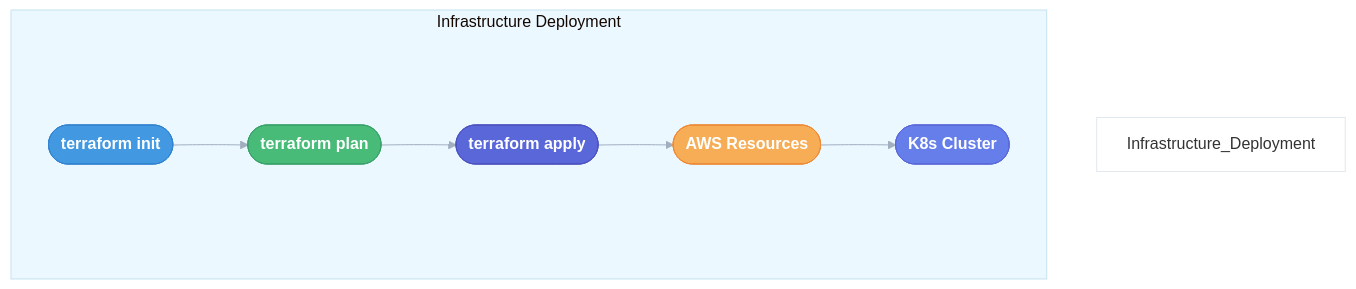
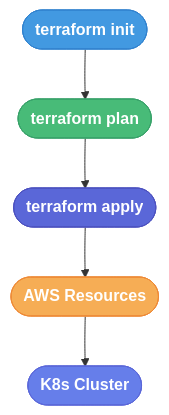
One commit to DanorSODA/Devops-Course-Final-Project changed the second of 4 diagrams in README.md. Above: the diagram before and after it, drawn with Mermaid. The commit also changed other lines of this file, not shown here.

````diff
--- a/README.md
+++ b/README.md
@@ -71,33 +73,13 @@
 ```mermaid
-%%{init: {
-  'theme': 'base',
-  'themeVariables': {
-    'primaryColor': '#4299e1',
-    'edgeLabelBackground':'#ffffff',
-    'tertiaryColor': '#ebf8ff',
-    'lineColor': '#a0aec0',
-    'fontFamily': 'arial',
-    'fontSize': '16px'
-  }
-}}%%
 graph TD
-    subgraph "Infrastructure Deployment"
-        style Infrastructure_Deployment fill:#ffffff,stroke:#e2e8f0
-
-        space1[ ]:::invisible
-
-        A([terraform init]):::init --> B([terraform plan]):::plan
-        B --> C([terraform apply]):::apply
-        C --> D([AWS Resources]):::aws
-        D --> E([K8s Cluster]):::k8s
-
-        space2[ ]:::invisible
-    end
+    A([terraform init]):::init --> B([terraform plan]):::plan
+    B --> C([terraform apply]):::apply
+    C --> D([AWS Resources]):::aws
+    D --> E([K8s Cluster]):::k8s
 
     classDef init fill:#4299e1,stroke:#3182ce,color:#fff,font-family:arial,font-weight:bold
     classDef plan fill:#48bb78,stroke:#38a169,color:#fff,font-family:arial,font-weight:bold
     classDef apply fill:#5a67d8,stroke:#4c51bf,color:#fff,font-family:arial,font-weight:bold
     classDef aws fill:#f6ad55,stroke:#ed8936,color:#fff,font-family:arial,font-weight:bold
     classDef k8s fill:#667eea,stroke:#5a67d8,color:#fff,font-family:arial,font-weight:bold
-    classDef invisible fill:none,stroke:none
 ```
````
